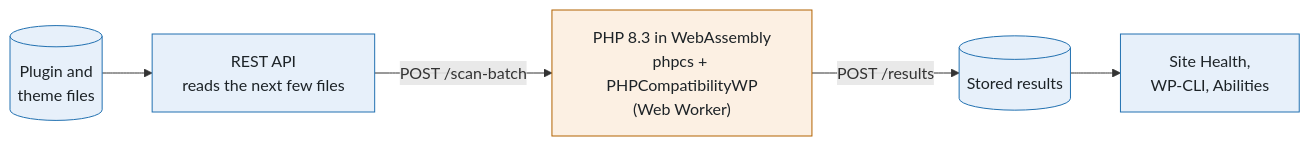
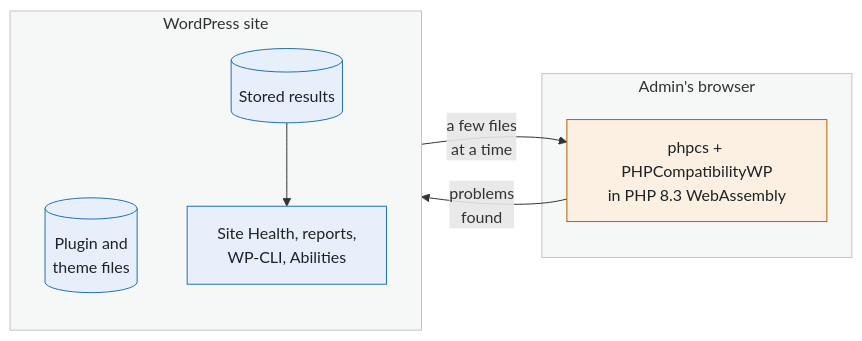
One commit to josephfusco/phpcompat changed the diagram in README.md. Above: the diagram before and after it, drawn with Mermaid. The commit also changed other lines of this file and 5 other files, not shown here.

First line of the commit message:
README: scan GIF, host panel section, two-lane diagram

````diff
--- a/README.md
+++ b/README.md
@@ -15,16 +15,21 @@
 ```mermaid
 flowchart LR
-    files[("Plugin and<br/>theme files")]
-    rest["REST API<br/>reads the next few files"]
-    worker["PHP 8.3 in WebAssembly<br/>phpcs + PHPCompatibilityWP<br/>(Web Worker)"]
-    results[("Stored results")]
-    uses["Site Health,<br/>WP-CLI, Abilities"]
-    files --> rest
-    rest -- "POST /scan-batch" --> worker
-    worker -- "POST /results" --> results
-    results --> uses
-    classDef site fill:#e7f0fa,stroke:#2271b1,color:#1d2327
-    classDef browser fill:#fcf0e3,stroke:#b26200,color:#1d2327
-    class files,rest,results,uses site
-    class worker browser
+    subgraph site["WordPress site"]
+        direction TB
+        files[("Plugin and<br/>theme files")]
+        results[("Stored results")]
+        uses["Site Health, reports,<br/>WP-CLI, Abilities"]
+        results --> uses
+    end
+    subgraph browser["Admin's browser"]
+        worker["phpcs + PHPCompatibilityWP<br/>in PHP 8.3 WebAssembly"]
+    end
+    files -- "a few files<br/>at a time" --> worker
+    worker -- "problems<br/>found" --> results
+    classDef siteNode fill:#e7f0fa,stroke:#2271b1,color:#1d2327
+    classDef browserNode fill:#fcf0e3,stroke:#b26200,color:#1d2327
+    class files,results,uses siteNode
+    class worker browserNode
+    style site fill:#f6f7f7,stroke:#c3c4c7
+    style browser fill:#f6f7f7,stroke:#c3c4c7
 ```
````
